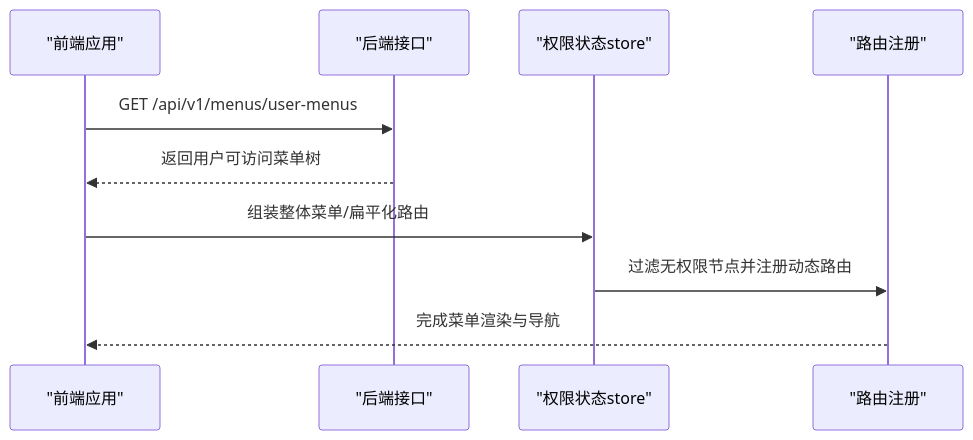
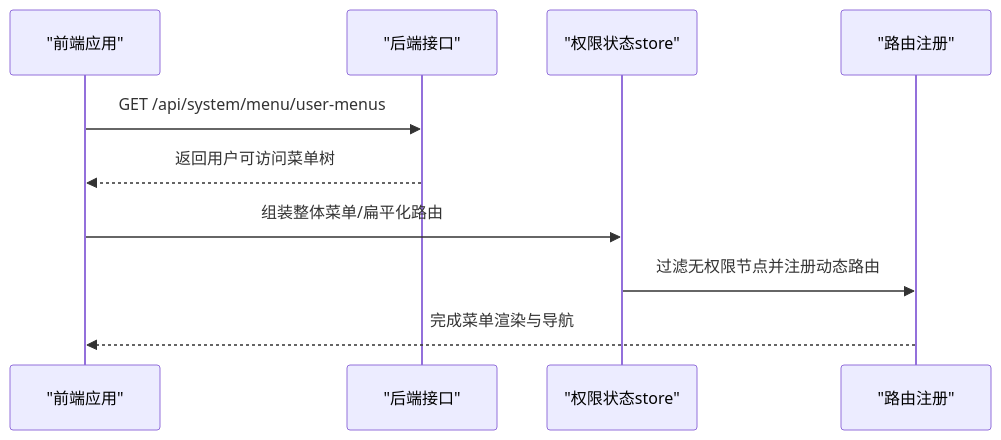
The fifth of 6 diagrams in .qoder/repowiki/zh/content/API 接口文档/菜单管理接口.md (taoweidong/Hello-FastApi), drawn with Mermaid before and after one commit. The commit also changed other lines of this file and 9 other files, not shown here.

````diff
--- a/.qoder/repowiki/zh/content/API 接口文档/菜单管理接口.md
+++ b/.qoder/repowiki/zh/content/API 接口文档/菜单管理接口.md
@@ -256,12 +327,12 @@
 ```mermaid
 sequenceDiagram
 participant FE as "前端应用"
 participant API as "后端接口"
 participant Store as "权限状态store"
 participant Router as "路由注册"
-FE->>API : GET /api/v1/menus/user-menus
+FE->>API : GET /api/system/menu/user-menus
 API-->>FE : 返回用户可访问菜单树
 FE->>Store : 组装整体菜单/扁平化路由
 Store->>Router : 过滤无权限节点并注册动态路由
 Router-->>FE : 完成菜单渲染与导航
 ```
````
